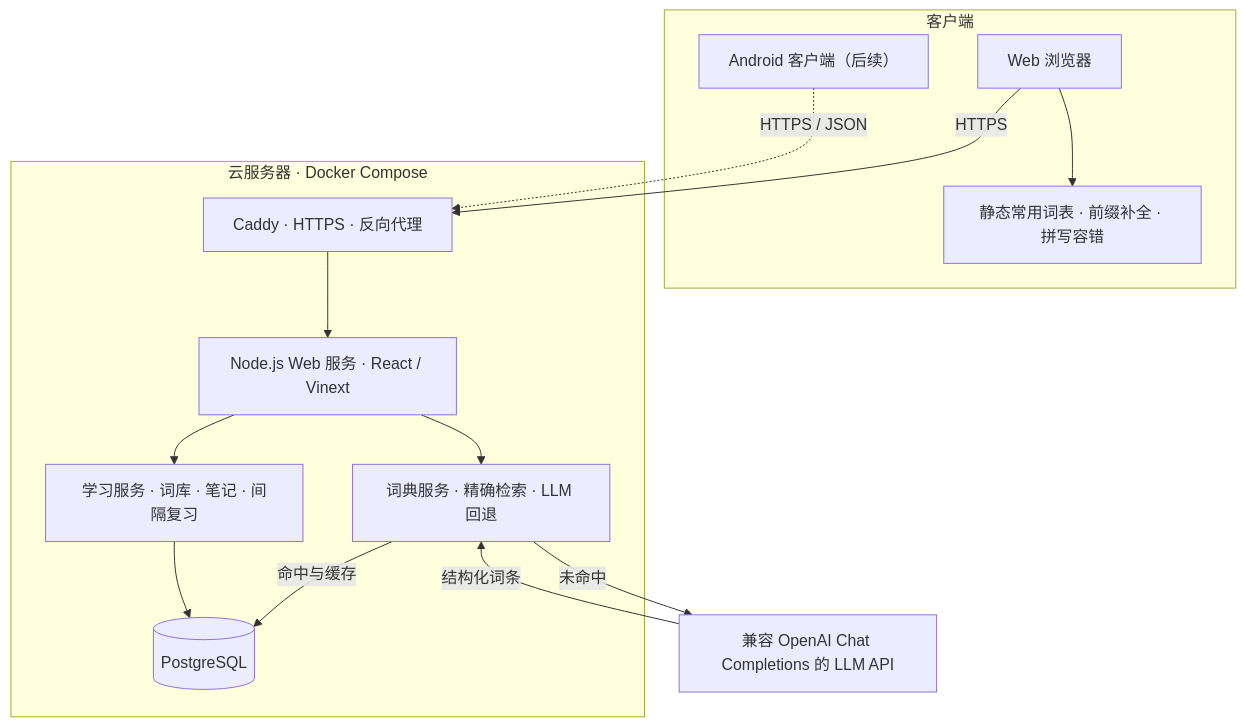
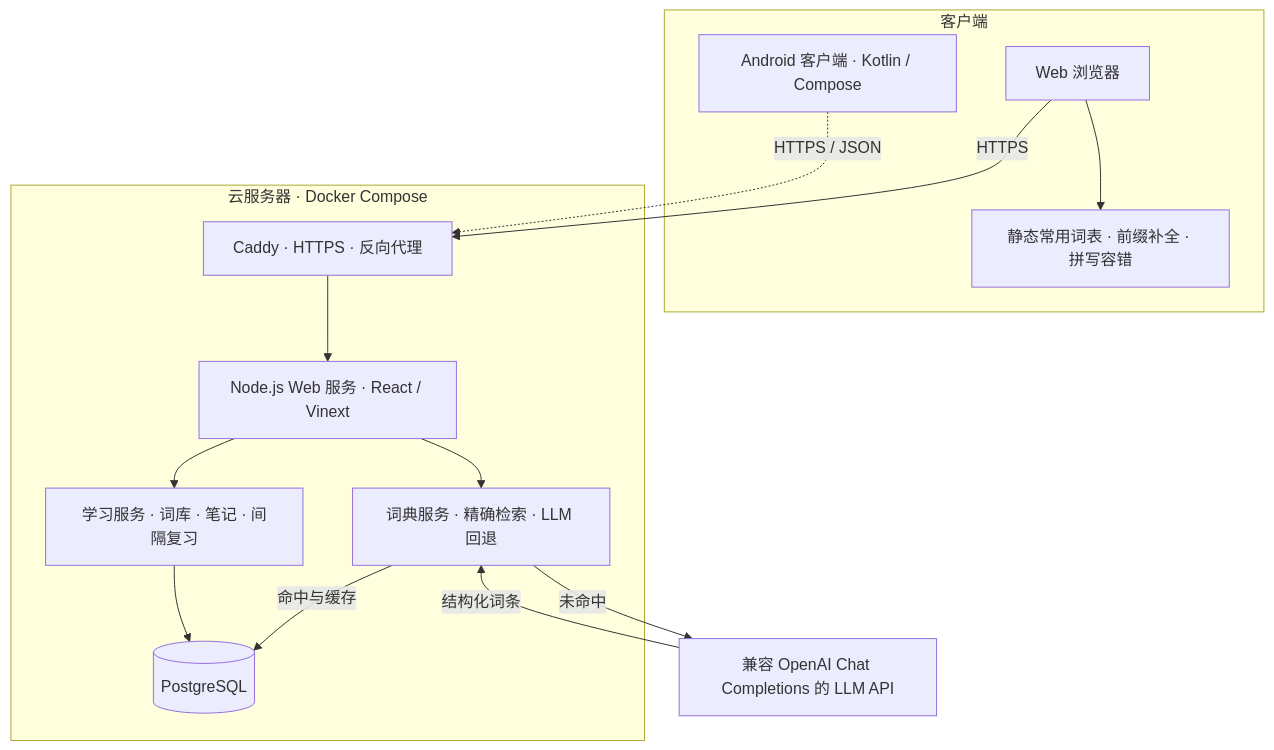
The diagram in README.md (AnthonyayaPZ/Platypus), drawn with Mermaid before and after one commit. The commit also changed other lines of this file and 97 other files, not shown here.

````diff
--- a/README.md
+++ b/README.md
@@ -7,29 +7,29 @@
 ```mermaid
 flowchart TB
   subgraph Client["客户端"]
     Web["Web 浏览器"]
     WordList["静态常用词表 · 前缀补全 · 拼写容错"]
-    Android["Android 客户端（后续）"]
+    Android["Android 客户端 · Kotlin / Compose"]
   end
 
   subgraph Server["云服务器 · Docker Compose"]
     Caddy["Caddy · HTTPS · 反向代理"]
     App["Node.js Web 服务 · React / Vinext"]
     Search["词典服务 · 精确检索 · LLM 回退"]
     Learning["学习服务 · 词库 · 笔记 · 间隔复习"]
     Postgres[("PostgreSQL")]
   end
 
   LLM["兼容 OpenAI Chat Completions 的 LLM API"]
 
   Web -->|HTTPS| Caddy
   Web --> WordList
   Android -.->|HTTPS / JSON| Caddy
   Caddy --> App
   App --> Search
   App --> Learning
   Search -->|命中与缓存| Postgres
   Search -->|未命中| LLM
   LLM -->|结构化词条| Search
   Learning --> Postgres
 ```
````
